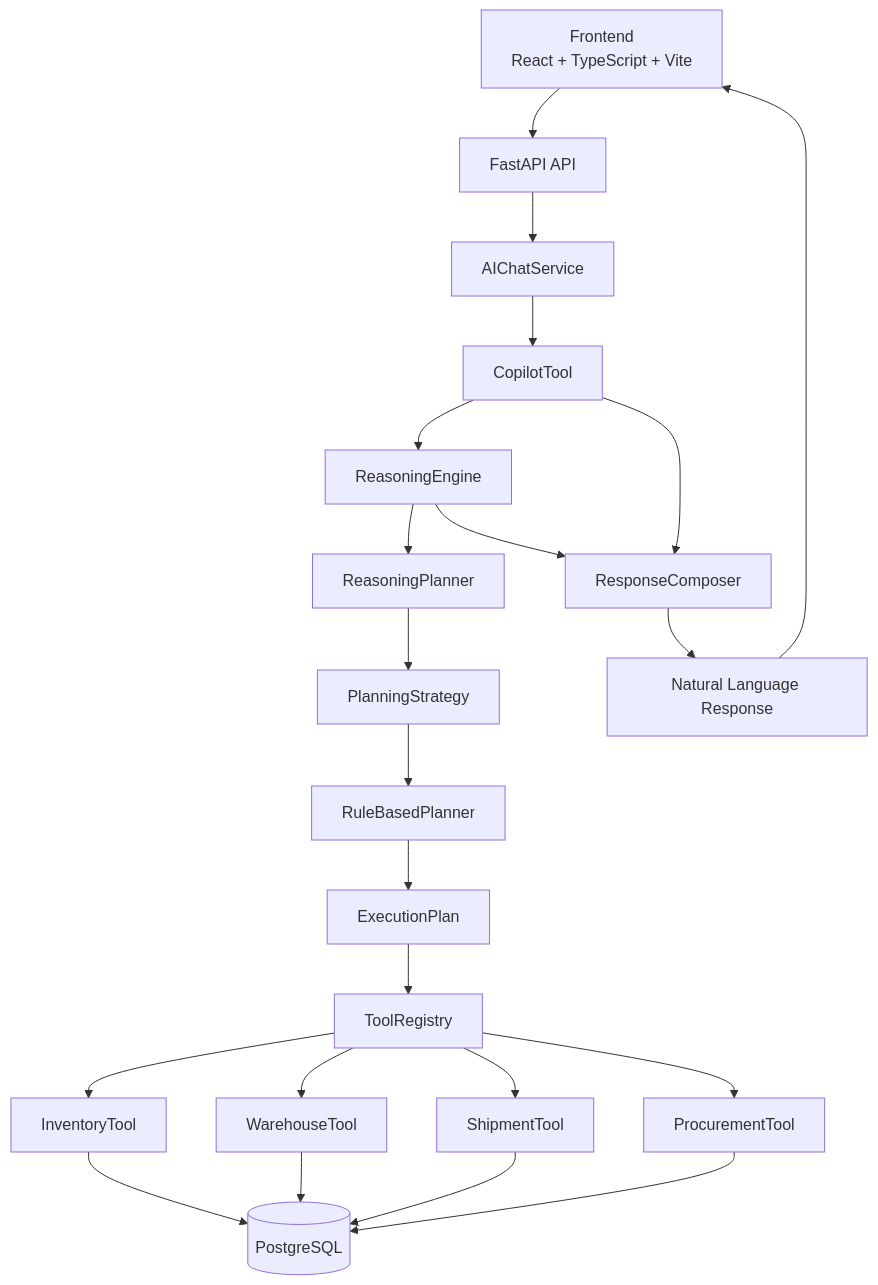
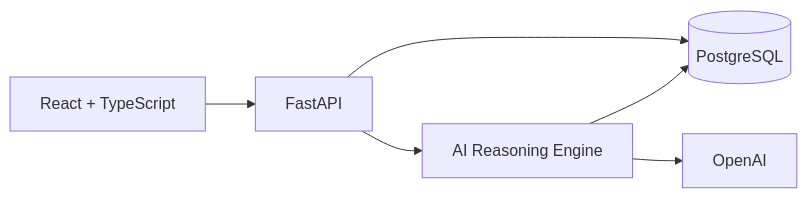
The first of 2 diagrams in README.md (VDhimar09/PharmaChain-AI-Clinical-Supply-Chain-Copilot), drawn with Mermaid before and after one commit. The commit also changed other lines of this file, not shown here.

````diff
--- a/README.md
+++ b/README.md
@@ -35,29 +93,23 @@
 ```mermaid
-flowchart TD
-    U[Frontend<br/>React + TypeScript + Vite] --> API[FastAPI API]
-    API --> CHAT[AIChatService]
-    CHAT --> COPILOT[CopilotTool]
+flowchart LR
 
-    COPILOT --> ENGINE[ReasoningEngine]
-    COPILOT --> COMPOSER[ResponseComposer]
+UI[React + TypeScript]
 
-    ENGINE --> PLANNER[ReasoningPlanner]
-    PLANNER --> STRATEGY[PlanningStrategy]
-    STRATEGY --> RULES[RuleBasedPlanner]
-    RULES --> PLAN[ExecutionPlan]
-    PLAN --> REGISTRY[ToolRegistry]
+API[FastAPI]
 
-    REGISTRY --> INV[InventoryTool]
-    REGISTRY --> WH[WarehouseTool]
-    REGISTRY --> SHIP[ShipmentTool]
-    REGISTRY --> PROC[ProcurementTool]
+AI[AI Reasoning Engine]
 
-    INV --> DB[(PostgreSQL)]
-    WH --> DB
-    SHIP --> DB
-    PROC --> DB
+DB[(PostgreSQL)]
 
-    ENGINE --> COMPOSER
-    COMPOSER --> RESP[Natural Language Response]
-    RESP --> U
+OPENAI[OpenAI]
+
+UI --> API
+
+API --> AI
+
+AI --> DB
+
+AI --> OPENAI
+
+API --> DB
 ```
````
